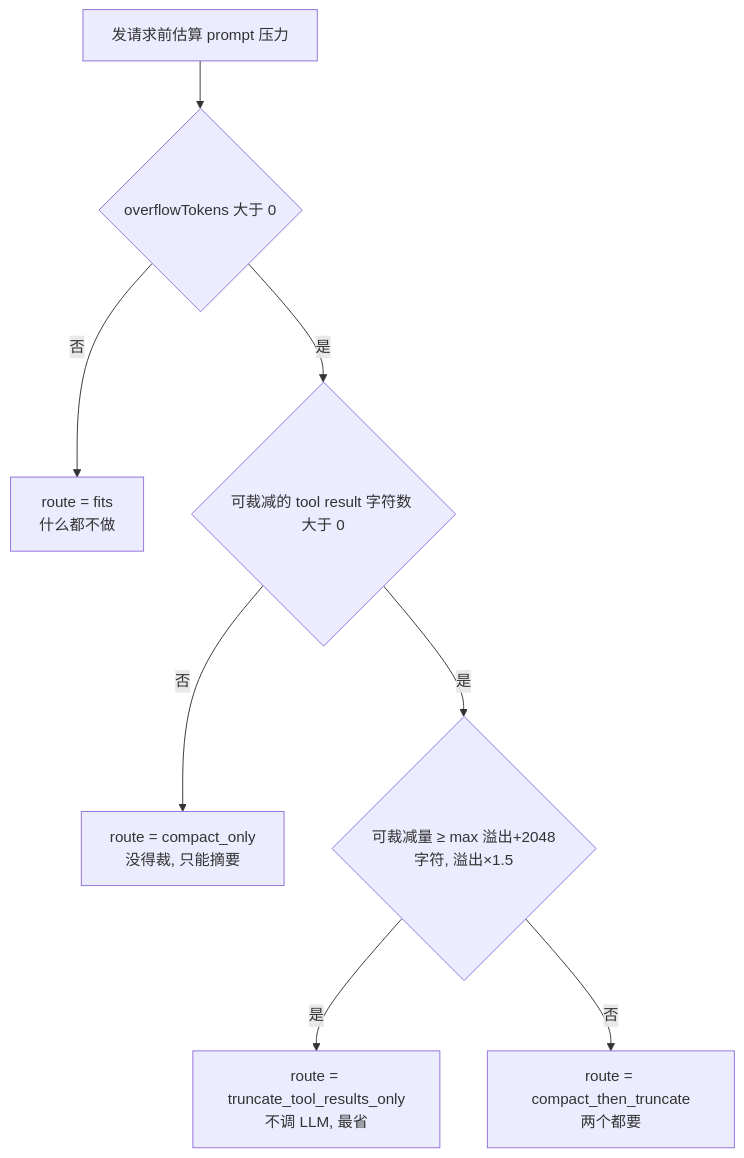
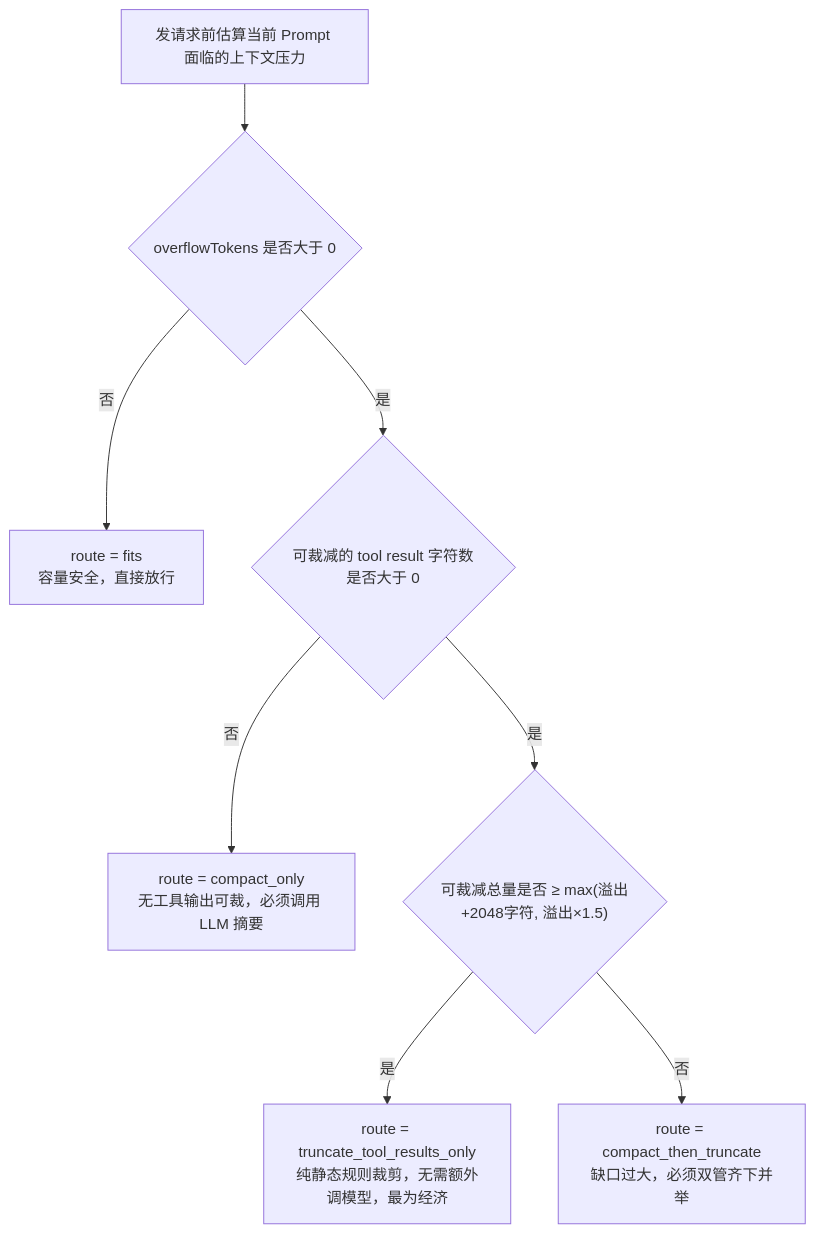
One commit to caiboyang/ML-learning changed the seventh of 19 diagrams in agent-context-compression/Agent_Context_Compression_Research.md. Above: the diagram before and after it, drawn with Mermaid. The commit also changed other lines of this file and 4 other files, not shown here.

````diff
--- a/agent-context-compression/Agent_Context_Compression_Research.md
+++ b/agent-context-compression/Agent_Context_Compression_Research.md
@@ -499,10 +501,10 @@
 ```mermaid
 flowchart TD
-    S["发请求前估算 prompt 压力"] --> Q1{"overflowTokens 大于 0"}
-    Q1 -->|"否"| R0["route = fits<br/>什么都不做"]
-    Q1 -->|"是"| Q2{"可裁减的 tool result 字符数 大于 0"}
-    Q2 -->|"否"| R1["route = compact_only<br/>没得裁, 只能摘要"]
-    Q2 -->|"是"| Q3{"可裁减量 ≥ max 溢出+2048字符, 溢出×1.5"}
-    Q3 -->|"是"| R2["route = truncate_tool_results_only<br/>不调 LLM, 最省"]
-    Q3 -->|"否"| R3["route = compact_then_truncate<br/>两个都要"]
+    S["发请求前估算当前 Prompt 面临的上下文压力"] --> Q1{"overflowTokens 是否大于 0"}
+    Q1 -->|"否"| R0["route = fits<br/>容量安全，直接放行"]
+    Q1 -->|"是"| Q2{"可裁减的 tool result 字符数是否大于 0"}
+    Q2 -->|"否"| R1["route = compact_only<br/>无工具输出可裁，必须调用 LLM 摘要"]
+    Q2 -->|"是"| Q3{"可裁减总量是否 ≥ max(溢出+2048字符, 溢出×1.5)"}
+    Q3 -->|"是"| R2["route = truncate_tool_results_only<br/>纯静态规则裁剪，无需额外调模型，最为经济"]
+    Q3 -->|"否"| R3["route = compact_then_truncate<br/>缺口过大，必须双管齐下并举"]
 ```
````
